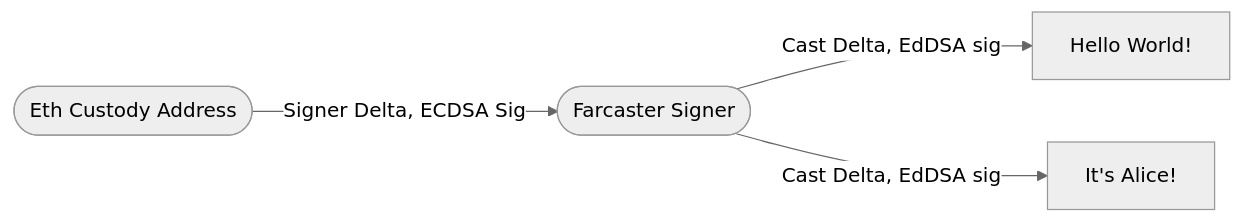
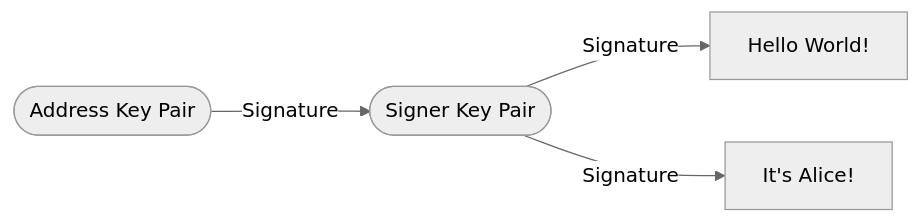
The third of 5 diagrams in docs/OVERVIEW.md (farcasterxyz/protocol), drawn with Mermaid (neutral theme) before and after one commit. The commit also changed other lines of this file, not shown here.

````diff
--- a/docs/OVERVIEW.md
+++ b/docs/OVERVIEW.md
@@ -180,6 +55,6 @@
 ```mermaid
 graph LR
-    Custody([Eth Custody Address]) --> |Signer Delta, ECDSA Sig|SignerA1([Farcaster Signer])
-    SignerA1 -->  |Cast Delta, EdDSA sig|CastC[Hello World!]
-    SignerA1 -->  |Cast Delta, EdDSA sig|CastD[It's Alice!]
+    Custody([Address Key Pair]) --> |Signature|SignerA1([Signer Key Pair])
+    SignerA1 -->  |Signature|CastC[Hello World!]
+    SignerA1 -->  |Signature|CastD[It's Alice!]
 ```
````
